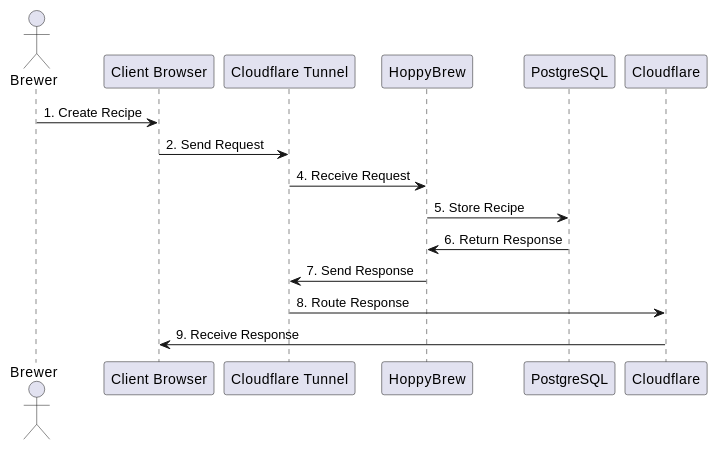
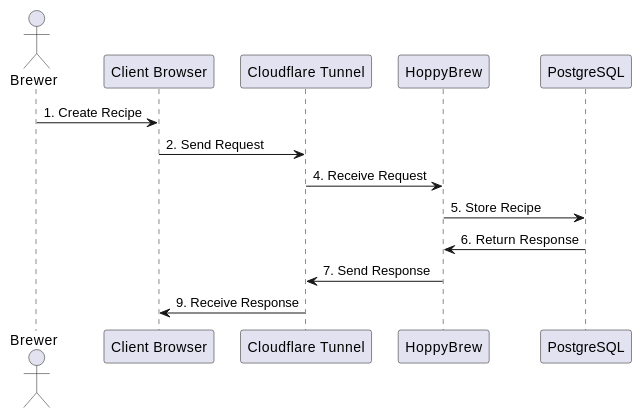
Before and after one commit to asbor/iu-project-software-engineering: the sixth of 6 diagrams in documents/01-Conception-Phase/00-HoppyBrew.md, drawn with PlantUML. The commit also changed 3 other files, not shown here.

```diff
--- a/documents/01-Conception-Phase/00-HoppyBrew.md
+++ b/documents/01-Conception-Phase/00-HoppyBrew.md
@@ -713,18 +713,17 @@
 @startuml 06-Runtime-View-CRUD-Recipe
 
 actor Brewer as Brewer
 participant "Client Browser" as ClientBrowser
 participant "Cloudflare Tunnel" as CloudflareTunnel
 participant "HoppyBrew" as HoppyBrew
 participant "PostgreSQL" as PostgreSQL
 
 Brewer -> ClientBrowser : 1. Create Recipe
 ClientBrowser -> CloudflareTunnel : 2. Send Request
 CloudflareTunnel -> HoppyBrew : 4. Receive Request
 HoppyBrew -> PostgreSQL : 5. Store Recipe
 PostgreSQL -> HoppyBrew : 6. Return Response
 HoppyBrew -> CloudflareTunnel : 7. Send Response
-CloudflareTunnel -> Cloudflare : 8. Route Response
-Cloudflare -> ClientBrowser : 9. Receive Response
+CloudflareTunnel -> ClientBrowser : 9. Receive Response
 
 @enduml
```
